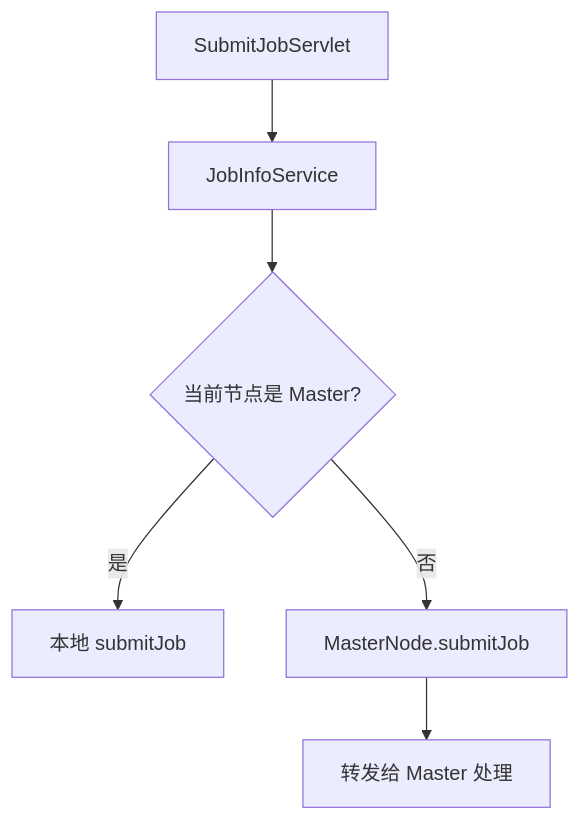
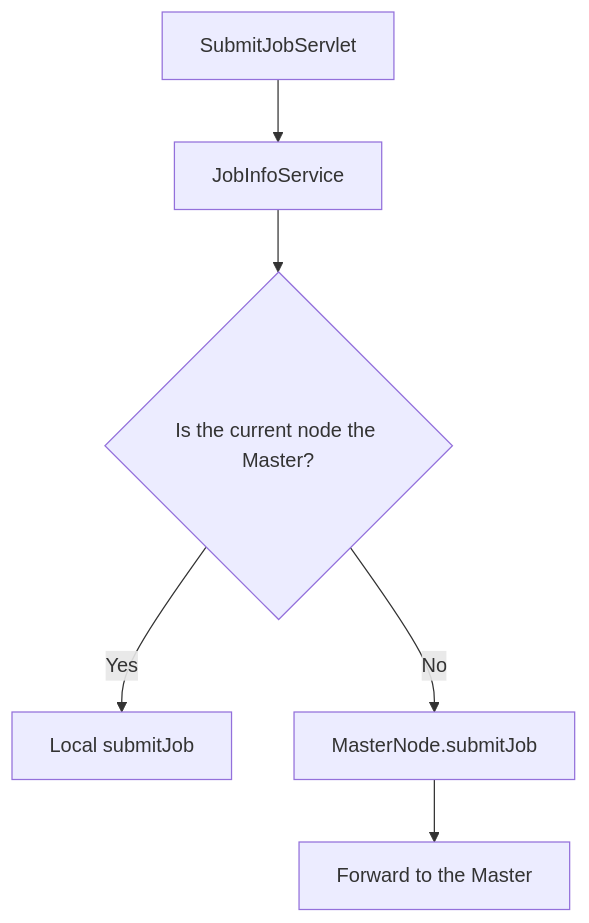
The second of 7 diagrams in blog/2026-07-07-seatunnel-submit-job-flow.md (apache/seatunnel-website), drawn with Mermaid before and after one commit. The commit also changed other lines of this file and 1 other file, not shown here.

Commit message:
[Blog] Add English translation for job submission flow

````diff
--- a/blog/2026-07-07-seatunnel-submit-job-flow.md
+++ b/blog/2026-07-07-seatunnel-submit-job-flow.md
@@ -80,8 +80,8 @@
 ```mermaid
 flowchart TD
     A[SubmitJobServlet] --> B[JobInfoService]
-    B --> C{当前节点是 Master?}
-    C -- 是 --> D[本地 submitJob]
-    C -- 否 --> E[MasterNode.submitJob]
-    E --> F[转发给 Master 处理]
+    B --> C{Is the current node the Master?}
+    C -- Yes --> D[Local submitJob]
+    C -- No --> E[MasterNode.submitJob]
+    E --> F[Forward to the Master]
 ```
````
